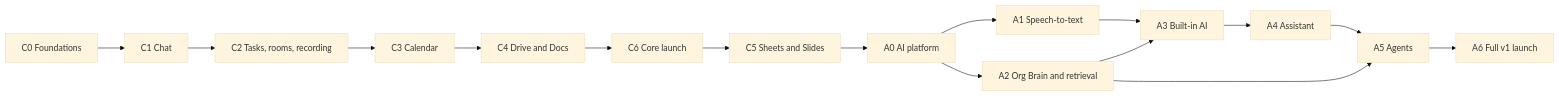
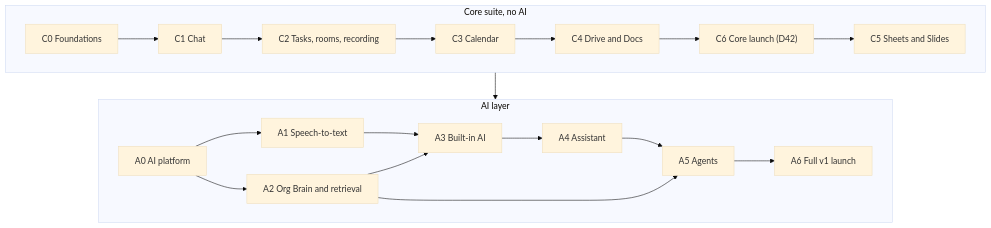
The diagram in docs/BUILD-PLAN.md (ashtonatnormal/mainsoftware), drawn with Mermaid (base theme) before and after one commit.

Commit message:
Docs: stage map as two rows (core, then AI)
Claude-Session: https://claude.ai/code/session_01DQeYGMUCx32k1oeFFfi8rU

````diff
--- a/docs/BUILD-PLAN.md
+++ b/docs/BUILD-PLAN.md
@@ -56,7 +56,14 @@
 ```mermaid
-flowchart LR
-  C0["C0 Foundations"] --> C1["C1 Chat"] --> C2["C2 Tasks, rooms, recording"] --> C3["C3 Calendar"] --> C4["C4 Drive and Docs"] --> C6["C6 Core launch"] --> C5["C5 Sheets and Slides"] --> A0["A0 AI platform"]
-  A0 --> A1["A1 Speech-to-text"] --> A3["A3 Built-in AI"]
-  A0 --> A2["A2 Org Brain and retrieval"] --> A3 --> A4["A4 Assistant"] --> A5["A5 Agents"] --> A6["A6 Full v1 launch"]
-  A2 --> A5
+flowchart TB
+  subgraph CORE["Core suite, no AI"]
+    direction LR
+    C0["C0 Foundations"] --> C1["C1 Chat"] --> C2["C2 Tasks, rooms, recording"] --> C3["C3 Calendar"] --> C4["C4 Drive and Docs"] --> C6["C6 Core launch (D42)"] --> C5["C5 Sheets and Slides"]
+  end
+  subgraph AI["AI layer"]
+    direction LR
+    A0["A0 AI platform"] --> A1["A1 Speech-to-text"] --> A3["A3 Built-in AI"] --> A4["A4 Assistant"] --> A5["A5 Agents"] --> A6["A6 Full v1 launch"]
+    A0 --> A2["A2 Org Brain and retrieval"] --> A3
+    A2 --> A5
+  end
+  CORE --> AI
 ```
````
